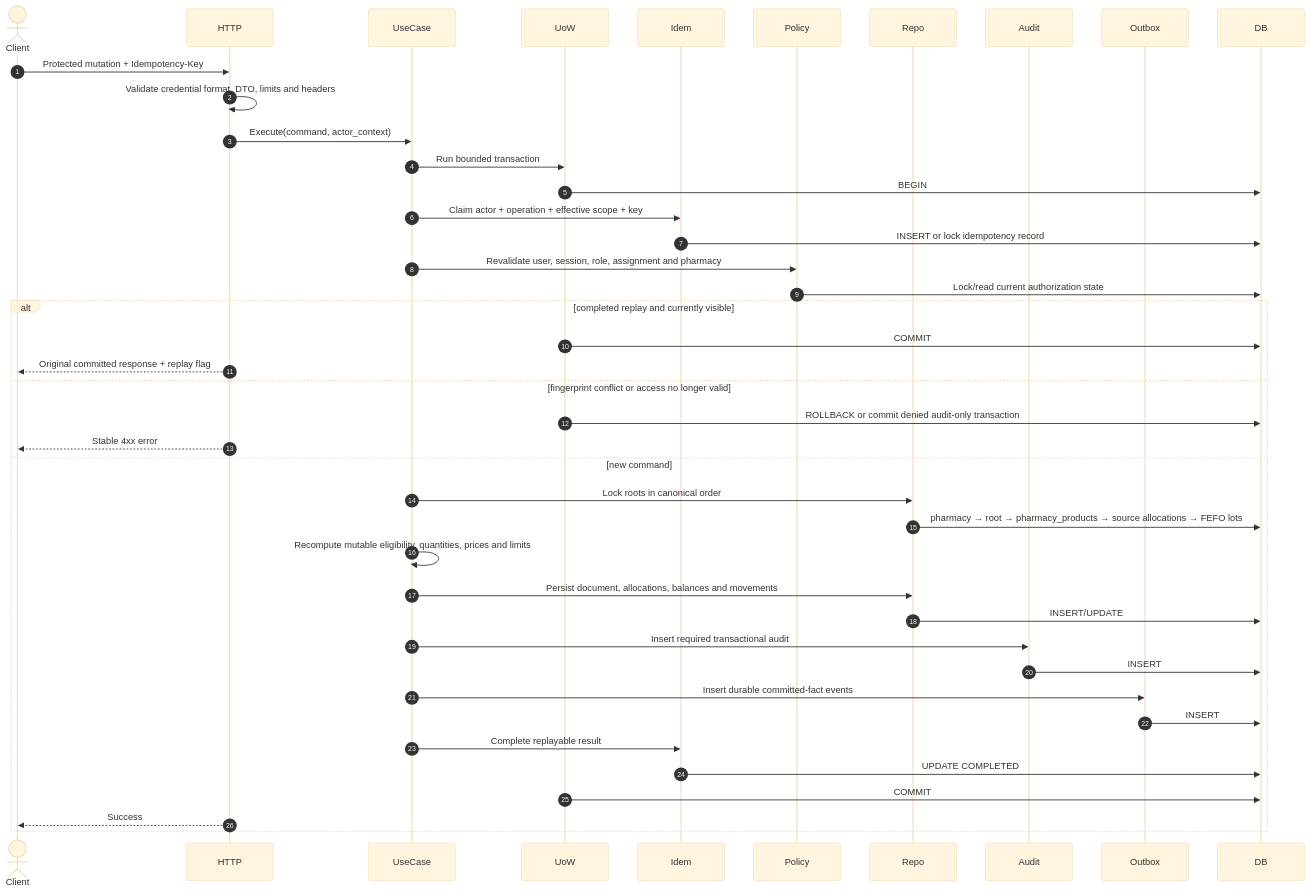
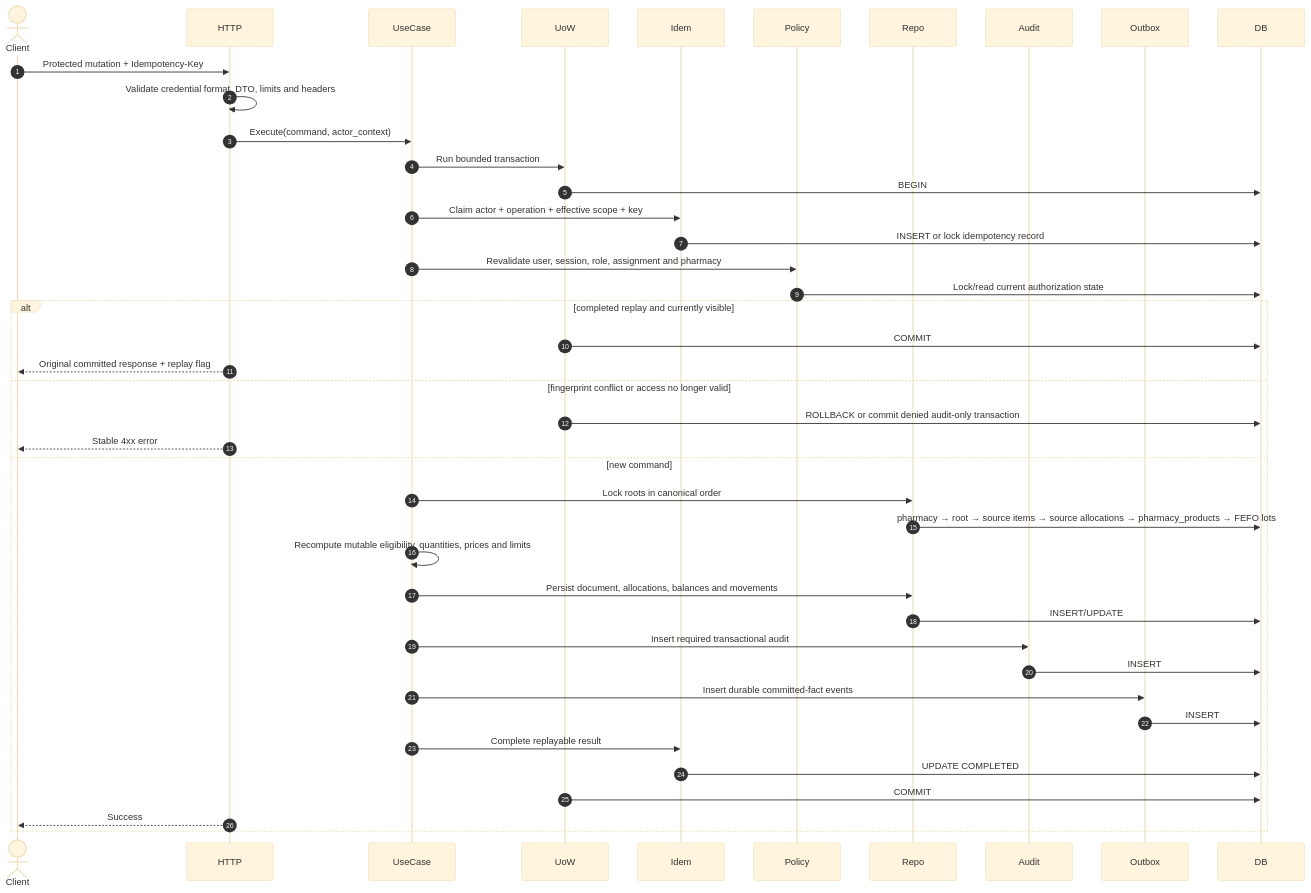
Before and after one commit to GulovM/PharmacyCRM: the first of 19 diagrams in docs/10-sequence-diagrams.md, drawn with Mermaid (base theme). The commit also changed other lines of this file and 8 other files, not shown here.

````diff
--- a/docs/10-sequence-diagrams.md
+++ b/docs/10-sequence-diagrams.md
@@ -49,45 +49,45 @@
 ```mermaid
 sequenceDiagram
     autonumber
     actor Client
     participant HTTP
     participant UC as UseCase
     participant UoW
     participant Idem
     participant Policy
     participant Repo
     participant Audit
     participant Outbox
     participant DB
 
     Client->>HTTP: Protected mutation + Idempotency-Key
     HTTP->>HTTP: Validate credential format, DTO, limits and headers
     HTTP->>UC: Execute(command, actor_context)
     UC->>UoW: Run bounded transaction
     UoW->>DB: BEGIN
     UC->>Idem: Claim actor + operation + effective scope + key
     Idem->>DB: INSERT or lock idempotency record
     UC->>Policy: Revalidate user, session, role, assignment and pharmacy
     Policy->>DB: Lock/read current authorization state
     alt completed replay and currently visible
         UoW->>DB: COMMIT
         HTTP-->>Client: Original committed response + replay flag
     else fingerprint conflict or access no longer valid
         UoW->>DB: ROLLBACK or commit denied audit-only transaction
         HTTP-->>Client: Stable 4xx error
     else new command
         UC->>Repo: Lock roots in canonical order
-        Repo->>DB: pharmacy → root → pharmacy_products → source allocations → FEFO lots
+        Repo->>DB: pharmacy → root → source items → source allocations → pharmacy_products → FEFO lots
         UC->>UC: Recompute mutable eligibility, quantities, prices and limits
         UC->>Repo: Persist document, allocations, balances and movements
         Repo->>DB: INSERT/UPDATE
         UC->>Audit: Insert required transactional audit
         Audit->>DB: INSERT
         UC->>Outbox: Insert durable committed-fact events
         Outbox->>DB: INSERT
         UC->>Idem: Complete replayable result
         Idem->>DB: UPDATE COMPLETED
         UoW->>DB: COMMIT
         HTTP-->>Client: Success
     end
 ```
````
